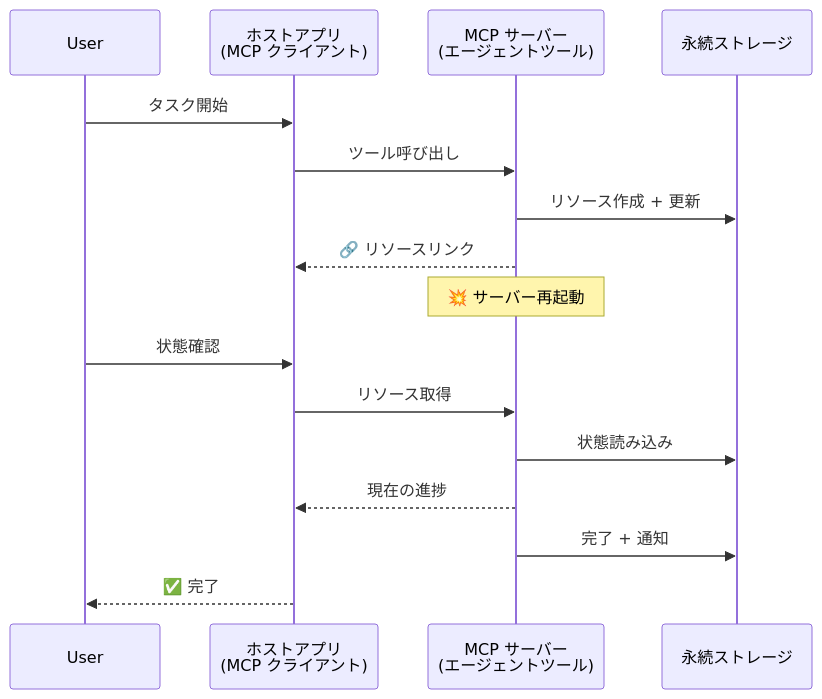
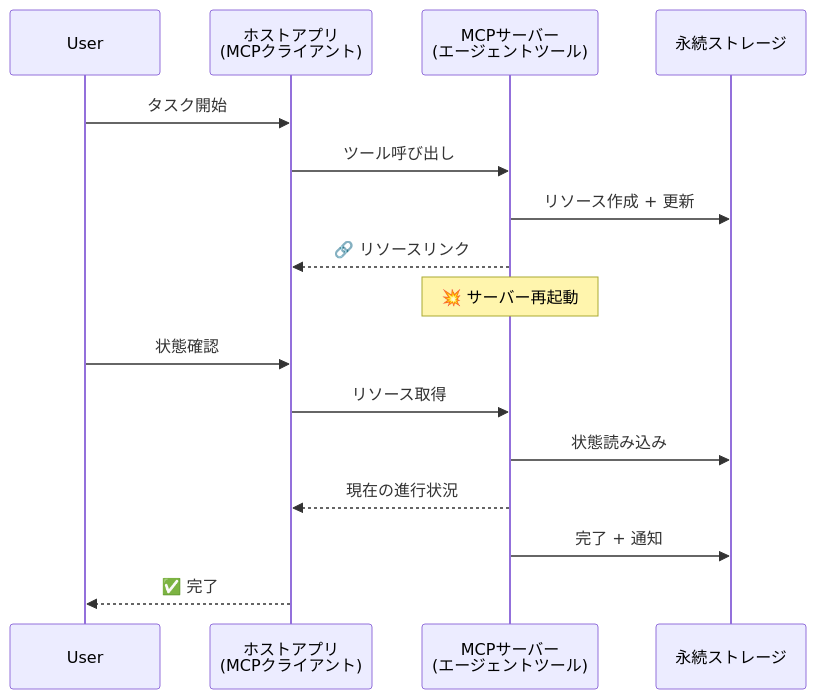
The third of 5 diagrams in mirrors/repos/microsoft@ai-agents-for-beginners/translations/ja/11-agentic-protocols/code_samples/mcp-agents/README.md (gabrielmoreira/agent-skills-mirror), drawn with Mermaid before and after one commit. The commit also changed other lines of this file and 4262 other files, not shown here.

````diff
--- a/mirrors/repos/microsoft@ai-agents-for-beginners/translations/ja/11-agentic-protocols/code_samples/mcp-agents/README.md
+++ b/mirrors/repos/microsoft@ai-agents-for-beginners/translations/ja/11-agentic-protocols/code_samples/mcp-agents/README.md
@@ -123,21 +123,21 @@
 ```mermaid
 sequenceDiagram
     participant User
-    participant Host as ホストアプリ<br/>(MCP クライアント)
-    participant Server as MCP サーバー<br/>(エージェントツール)
+    participant Host as ホストアプリ<br/>(MCPクライアント)
+    participant Server as MCPサーバー<br/>(エージェントツール)
     participant DB as 永続ストレージ
 
     User->>Host: タスク開始
     Host->>Server: ツール呼び出し
     Server->>DB: リソース作成 + 更新
     Server-->>Host: 🔗 リソースリンク
 
     Note over Server: 💥 サーバー再起動
 
     User->>Host: 状態確認
     Host->>Server: リソース取得
     Server->>DB: 状態読み込み
-    Server-->>Host: 現在の進捗
+    Server-->>Host: 現在の進行状況
     Server->>DB: 完了 + 通知
     Host-->>User: ✅ 完了
 ```
````
